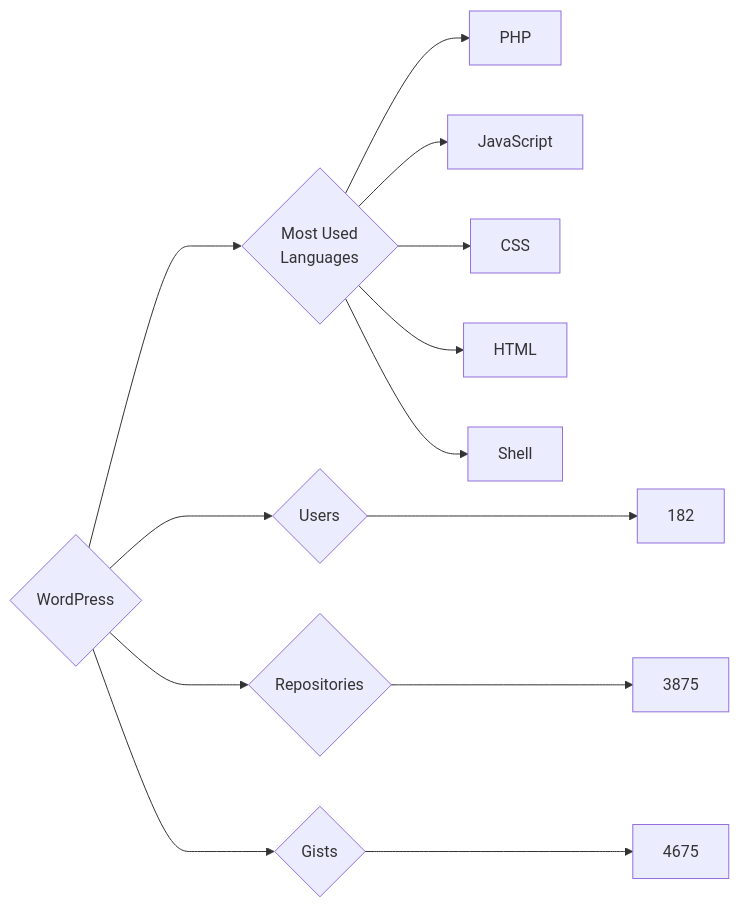
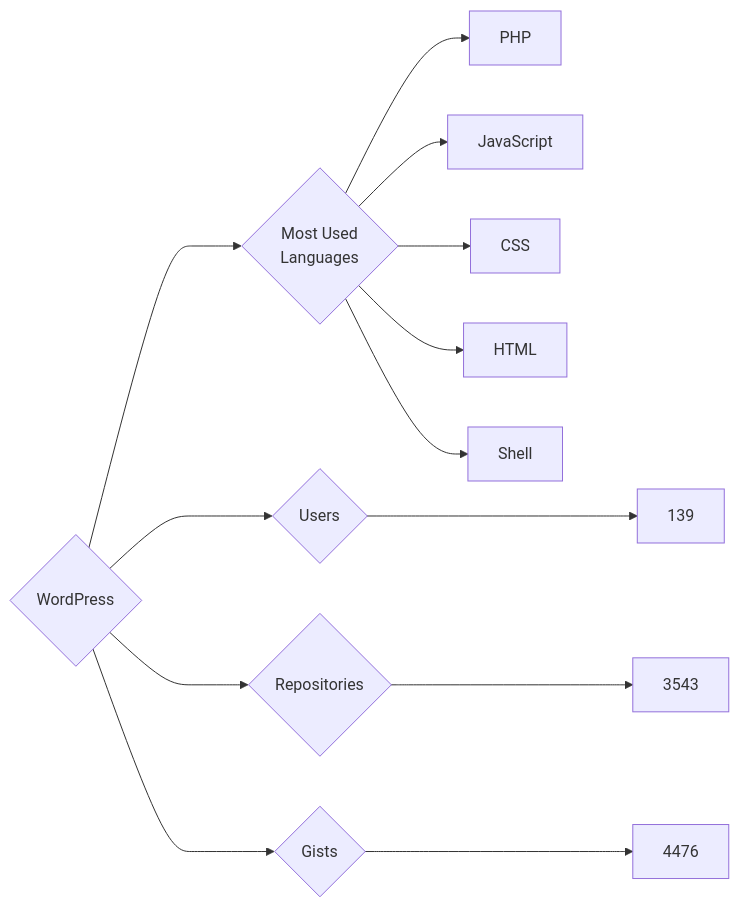
The diagram in targets/WordPress/README.md (trickest/insiders), drawn with Mermaid before and after one commit. The commit also changed 770 other files, not shown here.

````diff
--- a/targets/WordPress/README.md
+++ b/targets/WordPress/README.md
@@ -3,13 +3,13 @@
 ```mermaid
 graph LR
 COMPANY_NAME{WordPress}
-COMPANY_NAME ---> U{Users} ---> UN[182]
-COMPANY_NAME ---> R{Repositories} ---> RN[3875]
-COMPANY_NAME ---> G{Gists} ---> GN[4675]
+COMPANY_NAME ---> U{Users} ---> UN[139]
+COMPANY_NAME ---> R{Repositories} ---> RN[3543]
+COMPANY_NAME ---> G{Gists} ---> GN[4476]
 COMPANY_NAME ---> ML{Most Used<br>Languages}
 ML --> PHP[PHP]
 ML --> JavaScript[JavaScript]
 ML --> CSS[CSS]
 ML --> HTML[HTML]
 ML --> Shell[Shell]
 ```
````
